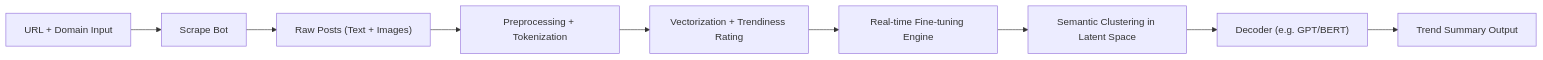
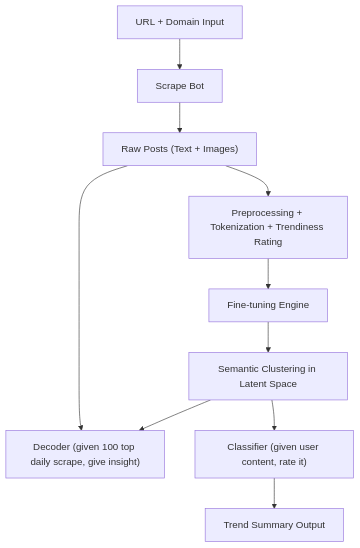
The diagram in README.md (KevinBian107/TrendFlow), drawn with Mermaid before and after one commit. The commit also changed other lines of this file, not shown here.

````diff
--- a/README.md
+++ b/README.md
@@ -25,12 +25,13 @@
 ```mermaid
-flowchart LR
+flowchart TD
     A[URL + Domain Input] --> B[Scrape Bot]
     B --> C["Raw Posts (Text + Images)"]
-    C --> D[Preprocessing + Tokenization]
-    D --> E[Vectorization + Trendiness Rating]
-    E --> F["Real-time Fine-tuning Engine"]
+    C --> H2["Inference"]
+    C --> D["Preprocessing + Tokenization + Trendiness Rating"]
+    D --> F["Fine-tuning Engine"]
     F --> G["Semantic Clustering in Latent Space"]
-    G --> H["Decoder (e.g. GPT/BERT)"]
-    H --> I["Trend Summary Output"]
+    G --> H1["Classifier (given user content, rate it)"]
+    G --> H2["Decoder (given 100 top daily scrape, give insight)"]
+    H1 --> I["Trend Summary Output"]
 
 ```
````
